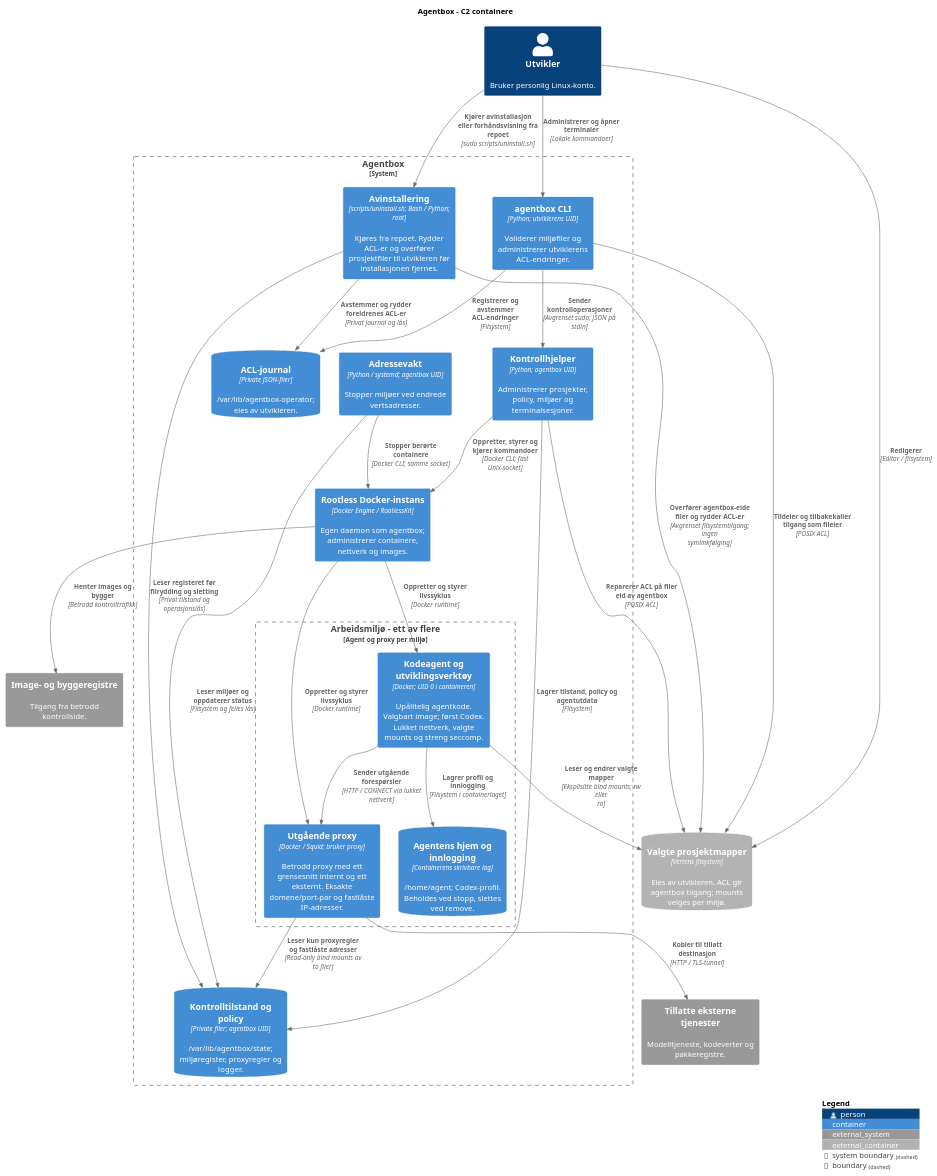
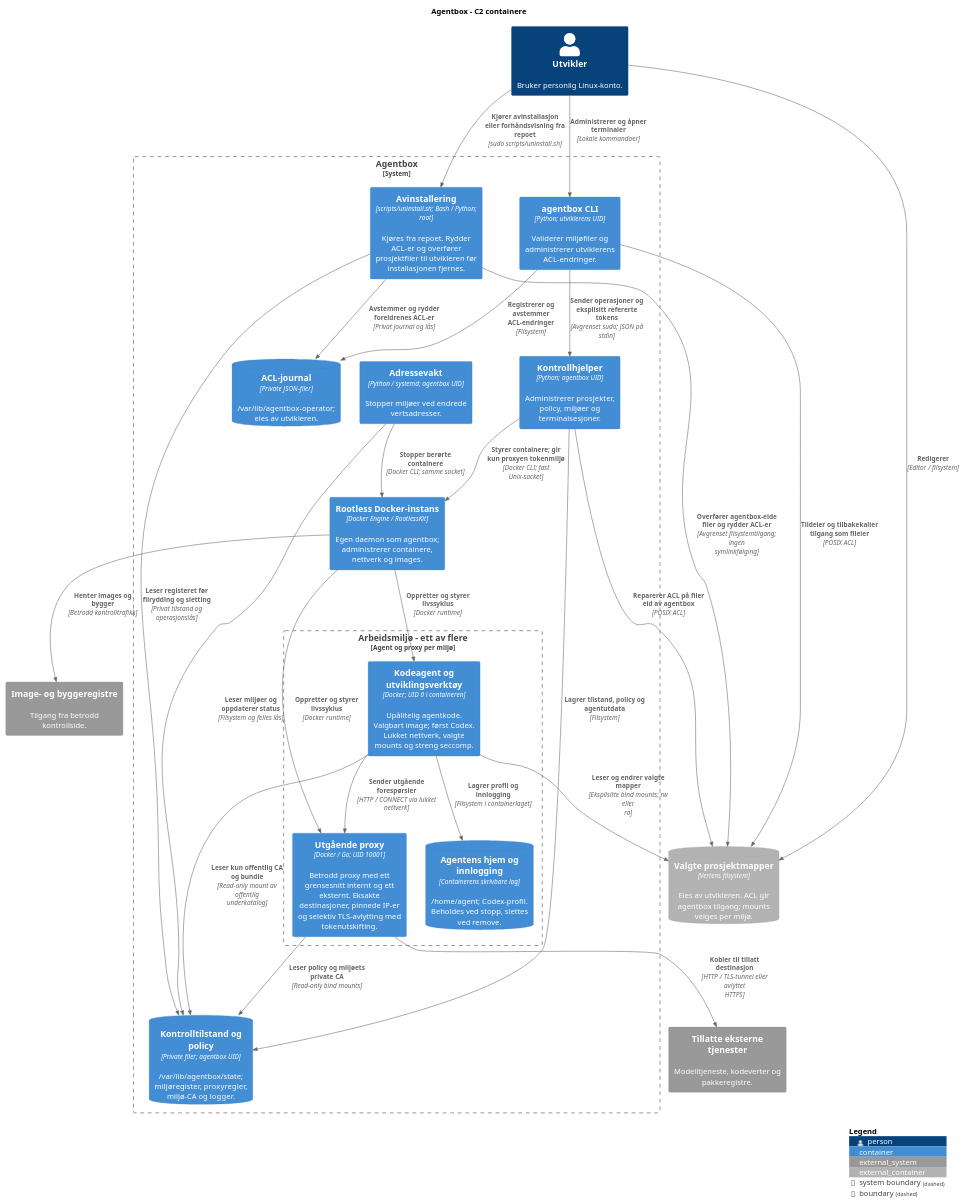
The second of 3 diagrams in docs/architecture-c4.md (oisteink/agentbox), drawn with PlantUML before and after one commit. The commit also changed other lines of this file and 38 other files, not shown here.

Commit message:
Replace Squid with Go proxy and token placeholders

````diff
--- a/docs/architecture-c4.md
+++ b/docs/architecture-c4.md
@@ -56,52 +56,53 @@
 ```plantuml
 @startuml agentbox-containers
 !include <C4/C4_Container>
 LAYOUT_TOP_DOWN()
 title Agentbox - C2 containere
 
 Person(developer, "Utvikler", "Bruker personlig Linux-konto.")
 ContainerDb_Ext(projects, "Valgte prosjektmapper", "Vertens filsystem", "Eies av utvikleren. ACL gir agentbox tilgang; mounts velges per miljø.")
 System_Ext(services, "Tillatte eksterne tjenester", "Modelltjeneste, kodeverter og pakkeregistre.")
 System_Ext(registry, "Image- og byggeregistre", "Tilgang fra betrodd kontrollside.")
 
 System_Boundary(agentbox, "Agentbox") {
     Container(cli, "agentbox CLI", "Python; utviklerens UID", "Validerer miljøfiler og administrerer utviklerens ACL-endringer.")
     ContainerDb(journal, "ACL-journal", "Private JSON-filer", "/var/lib/agentbox-operator; eies av utvikleren.")
     Container(control, "Kontrollhjelper", "Python; agentbox UID", "Administrerer prosjekter, policy, miljøer og terminalsesjoner.")
     Container(uninstall, "Avinstallering", "scripts/uninstall.sh; Bash / Python; root", "Kjøres fra repoet. Rydder ACL-er og overfører prosjektfiler til utvikleren før installasjonen fjernes. ")
     Container(watch, "Adressevakt", "Python / systemd; agentbox UID", "Stopper miljøer ved endrede vertsadresser.")
-    ContainerDb(state, "Kontrolltilstand og policy", "Private filer; agentbox UID", "/var/lib/agentbox/state; miljøregister, proxyregler og logger.")
+    ContainerDb(state, "Kontrolltilstand og policy", "Private filer; agentbox UID", "/var/lib/agentbox/state; miljøregister, proxyregler, miljø-CA og logger.")
     Container(docker, "Rootless Docker-instans", "Docker Engine / RootlessKit", "Egen daemon som agentbox; administrerer containere, nettverk og images.")
 
     Boundary(environment, "Arbeidsmiljø - ett av flere", "Agent og proxy per miljø") {
         Container(agent, "Kodeagent og utviklingsverktøy", "Docker; UID 0 i containeren", "Upålitelig agentkode. Valgbart image; først Codex. Lukket nettverk, valgte mounts og streng seccomp.")
-        Container(proxy, "Utgående proxy", "Docker / Squid; bruker proxy", "Betrodd proxy med ett grensesnitt internt og ett eksternt. Eksakte domene/port-par og fastlåste IP-adresser.")
+        Container(proxy, "Utgående proxy", "Docker / Go; UID 10001", "Betrodd proxy med ett grensesnitt internt og ett eksternt. Eksakte destinasjoner, pinnede IP-er og selektiv TLS-avlytting med tokenutskifting.")
         ContainerDb(home, "Agentens hjem og innlogging", "Containerens skrivbare lag", "/home/agent; Codex-profil. Beholdes ved stopp, slettes ved remove.")
     }
 }
 
 Rel(developer, cli, "Administrerer og åpner terminaler", "Lokale kommandoer")
 Rel(developer, projects, "Redigerer", "Editor / filsystem")
 Rel(cli, journal, "Registrerer og avstemmer ACL-endringer", "Filsystem")
 Rel(cli, projects, "Tildeler og tilbakekaller tilgang som fileier", "POSIX ACL")
-Rel(cli, control, "Sender kontrolloperasjoner", "Avgrenset sudo; JSON på stdin")
+Rel(cli, control, "Sender operasjoner og eksplisitt refererte tokens", "Avgrenset sudo; JSON på stdin")
 Rel(developer, uninstall, "Kjører avinstallasjon eller forhåndsvisning fra repoet", "sudo scripts/uninstall.sh")
 Rel(uninstall, projects, "Overfører agentbox-eide filer og rydder ACL-er", "Avgrenset filsystemtilgang; ingen symlinkfølging")
 Rel(uninstall, state, "Leser registeret før filrydding og sletting", "Privat tilstand og operasjonslås")
 Rel(uninstall, journal, "Avstemmer og rydder foreldrenes ACL-er", "Privat journal og lås")
 Rel(control, projects, "Reparerer ACL på filer eid av agentbox", "POSIX ACL")
 Rel(control, state, "Lagrer tilstand, policy og agentutdata", "Filsystem")
 Rel(watch, state, "Leser miljøer og oppdaterer status", "Filsystem og felles lås")
-Rel(control, docker, "Oppretter, styrer og kjører kommandoer", "Docker CLI; fast Unix-socket")
+Rel(control, docker, "Styrer containere; gir kun proxyen tokenmiljø", "Docker CLI; fast Unix-socket")
 Rel(watch, docker, "Stopper berørte containere", "Docker CLI; samme socket")
 Rel(docker, agent, "Oppretter og styrer livssyklus", "Docker runtime")
 Rel(docker, proxy, "Oppretter og styrer livssyklus", "Docker runtime")
 Rel(docker, registry, "Henter images og bygger", "Betrodd kontrolltrafikk")
 Rel(agent, projects, "Leser og endrer valgte mapper", "Eksplisitte bind mounts; rw eller ro")
 Rel(agent, home, "Lagrer profil og innlogging", "Filsystem i containerlaget")
 Rel(agent, proxy, "Sender utgående forespørsler", "HTTP / CONNECT via lukket nettverk")
-Rel(proxy, state, "Leser kun proxyregler og fastlåste adresser", "Read-only bind mounts av to filer")
-Rel(proxy, services, "Kobler til tillatt destinasjon", "HTTP / TLS-tunnel")
+Rel(proxy, state, "Leser policy og miljøets private CA", "Read-only bind mounts")
+Rel(agent, state, "Leser kun offentlig CA og bundle", "Read-only mount av offentlig underkatalog")
+Rel(proxy, services, "Kobler til tillatt destinasjon", "HTTP / TLS-tunnel eller avlyttet HTTPS")
 SHOW_LEGEND()
 @enduml
 ```
````
